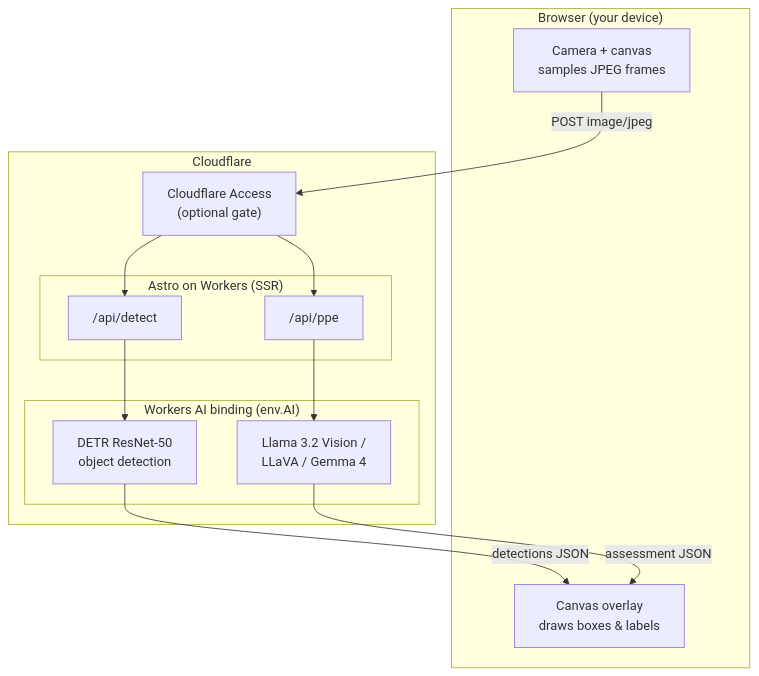
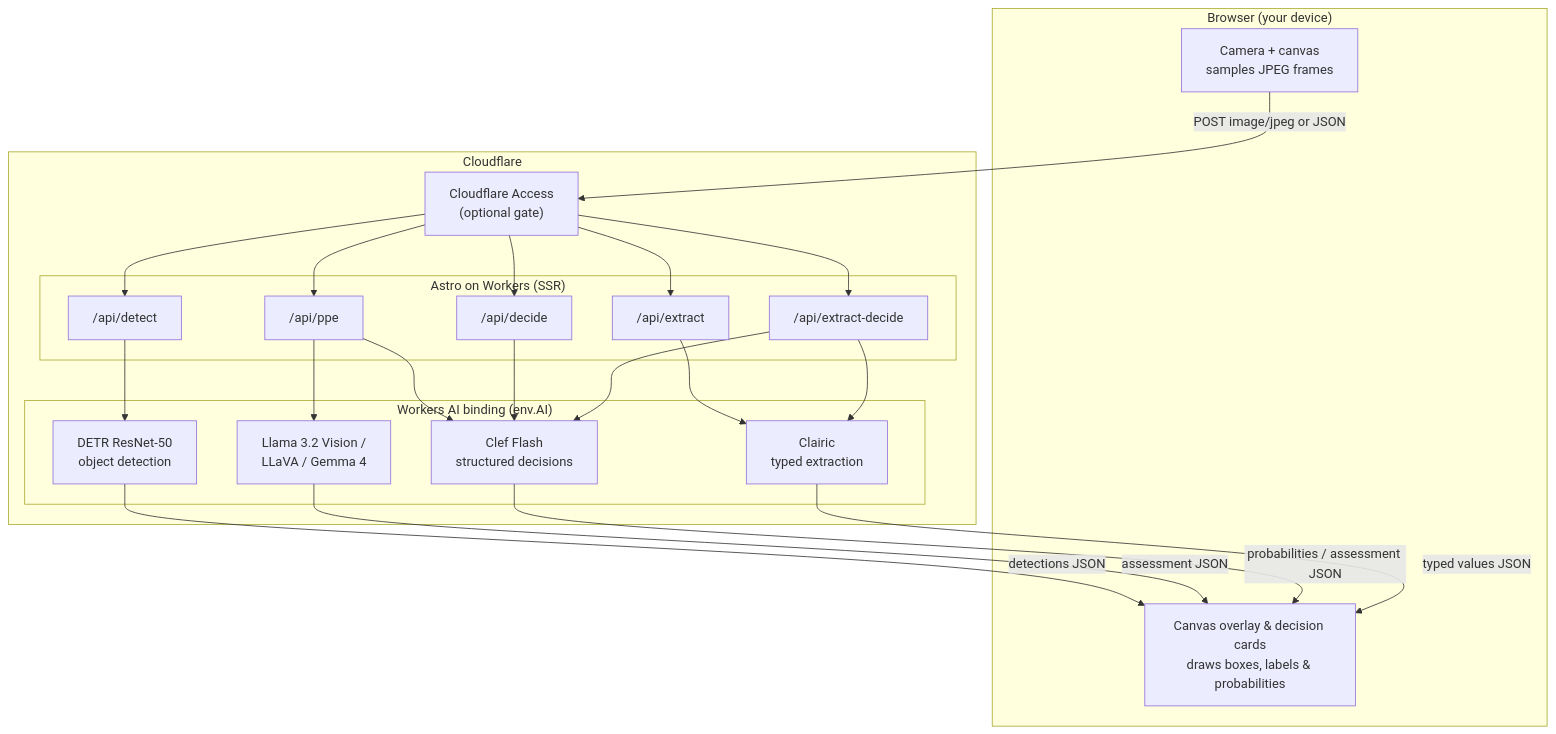
The diagram in README.md (bradyjoslin/cloudflare-workers-ai-vision-demo), drawn with Mermaid before and after one commit. The commit also changed other lines of this file and 32 other files, not shown here.

````diff
--- a/README.md
+++ b/README.md
@@ -66,27 +97,42 @@
 ```mermaid
 graph TD
     subgraph Browser["Browser (your device)"]
         Cam["Camera + canvas<br/>samples JPEG frames"]
-        Overlay["Canvas overlay<br/>draws boxes &amp; labels"]
+        Overlay["Canvas overlay &amp; decision cards<br/>draws boxes, labels &amp; probabilities"]
     end
 
     subgraph CF["Cloudflare"]
         Access["Cloudflare Access<br/>(optional gate)"]
         subgraph Worker["Astro on Workers (SSR)"]
             Detect["/api/detect"]
             PPE["/api/ppe"]
+            Decide["/api/decide"]
+            Extract["/api/extract"]
+            XD["/api/extract-decide"]
         end
         subgraph WAI["Workers AI binding (env.AI)"]
             DETR["DETR ResNet-50<br/>object detection"]
             VLM["Llama 3.2 Vision /<br/>LLaVA / Gemma 4"]
+            Clef["Clef Flash<br/>structured decisions"]
+            Clairic["Clairic<br/>typed extraction"]
         end
     end
 
-    Cam -->|"POST image/jpeg"| Access
+    Cam -->|"POST image/jpeg or JSON"| Access
     Access --> Detect
     Access --> PPE
+    Access --> Decide
+    Access --> Extract
+    Access --> XD
     Detect --> DETR
     PPE --> VLM
+    PPE --> Clef
+    Decide --> Clef
+    Extract --> Clairic
+    XD --> Clef
+    XD --> Clairic
     DETR -->|"detections JSON"| Overlay
     VLM -->|"assessment JSON"| Overlay
+    Clef -->|"probabilities / assessment JSON"| Overlay
+    Clairic -->|"typed values JSON"| Overlay
 ```
````
